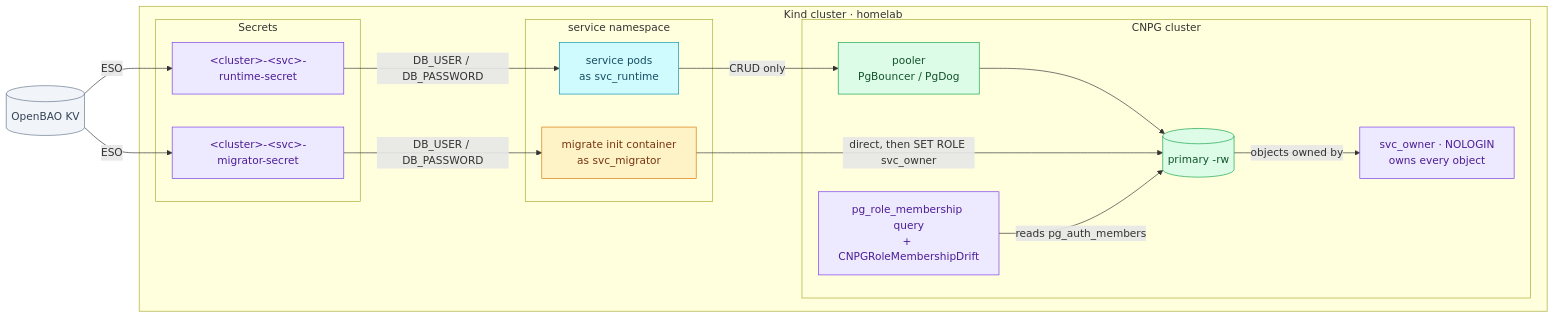
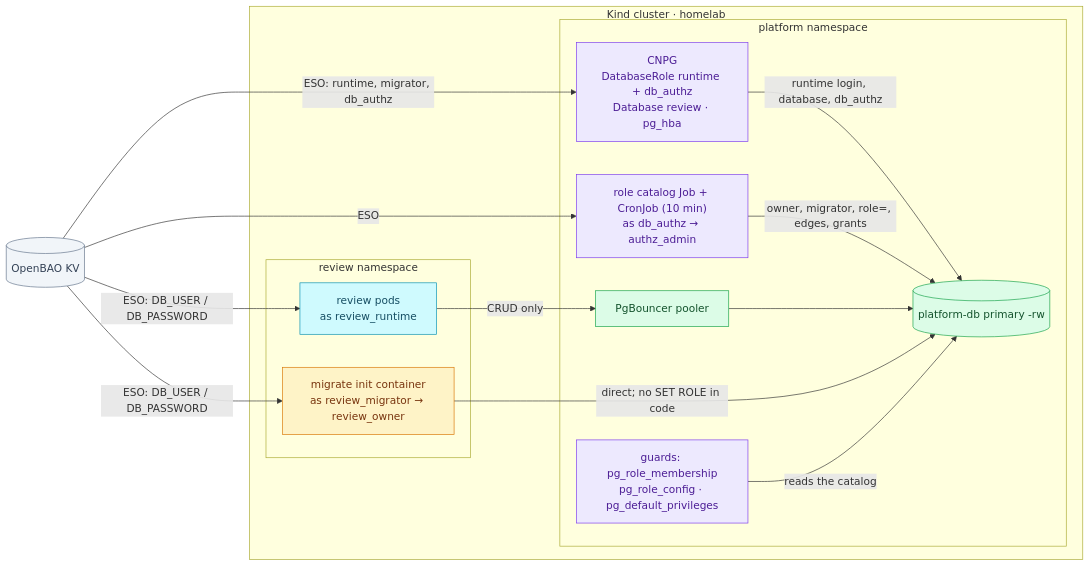
One commit to duynhlab/homelab changed the diagram in docs/databases/authorization.md. Above: the diagram before and after it, drawn with Mermaid. The commit also changed other lines of this file and 39 other files, not shown here.

Commit message:
Move review's database authorization to the platform (#1267)

````diff
--- a/docs/databases/authorization.md
+++ b/docs/databases/authorization.md
@@ -45,35 +49,33 @@
 ```mermaid
 flowchart LR
     subgraph cluster["Kind cluster · homelab"]
-        subgraph app["service namespace"]
-            pod["service pods<br/>as svc_runtime"]:::service
-            mig["migrate init container<br/>as svc_migrator"]:::worker
+        subgraph app["review namespace"]
+            pod["review pods<br/>as review_runtime"]:::service
+            mig["migrate init container<br/>as review_migrator → review_owner"]:::worker
         end
-        subgraph secrets["Secrets"]
-            rs["&lt;cluster&gt;-&lt;svc&gt;-runtime-secret"]:::platform
-            ms["&lt;cluster&gt;-&lt;svc&gt;-migrator-secret"]:::platform
-        end
-        subgraph db["CNPG cluster"]
-            pooler["pooler<br/>PgBouncer / PgDog"]:::data
-            rw[("primary -rw")]:::data
-            owner["svc_owner · NOLOGIN<br/>owns every object"]:::platform
-            guard["pg_role_membership query<br/>+ CNPGRoleMembershipDrift"]:::platform
+        subgraph plat["platform namespace"]
+            cnpg["CNPG<br/>DatabaseRole runtime + db_authz<br/>Database review · pg_hba"]:::platform
+            job["role catalog Job + CronJob (10 min)<br/>as db_authz → authz_admin"]:::platform
+            pooler["PgBouncer pooler"]:::data
+            rw[("platform-db primary -rw")]:::data
+            guard["guards: pg_role_membership<br/>pg_role_config · pg_default_privileges"]:::platform
         end
     end
     bao[("OpenBAO KV")]:::external
 
-    bao -->|"ESO"| rs
-    bao -->|"ESO"| ms
-    rs -->|"DB_USER / DB_PASSWORD"| pod
-    ms -->|"DB_USER / DB_PASSWORD"| mig
+    bao -->|"ESO: runtime, migrator, db_authz"| cnpg
+    bao -->|"ESO"| job
+    bao -->|"ESO: DB_USER / DB_PASSWORD"| pod
+    bao -->|"ESO: DB_USER / DB_PASSWORD"| mig
+    cnpg -->|"runtime login, database, db_authz"| rw
+    job -->|"owner, migrator, role=, edges, grants"| rw
     pod -->|"CRUD only"| pooler --> rw
-    mig -->|"direct, then SET ROLE svc_owner"| rw
-    rw -->|"objects owned by"| owner
-    guard -->|"reads pg_auth_members"| rw
+    mig -->|"direct; no SET ROLE in code"| rw
+    guard -->|"reads the catalog"| rw
 
     classDef service fill:#cffafe,color:#164e63,stroke:#0891b2;
     classDef worker fill:#fef3c7,color:#78350f,stroke:#d97706;
     classDef platform fill:#ede9fe,color:#4c1d95,stroke:#7c3aed;
     classDef data fill:#dcfce7,color:#14532d,stroke:#16a34a;
     classDef external fill:#f1f5f9,color:#334155,stroke:#64748b;
 ```
````
